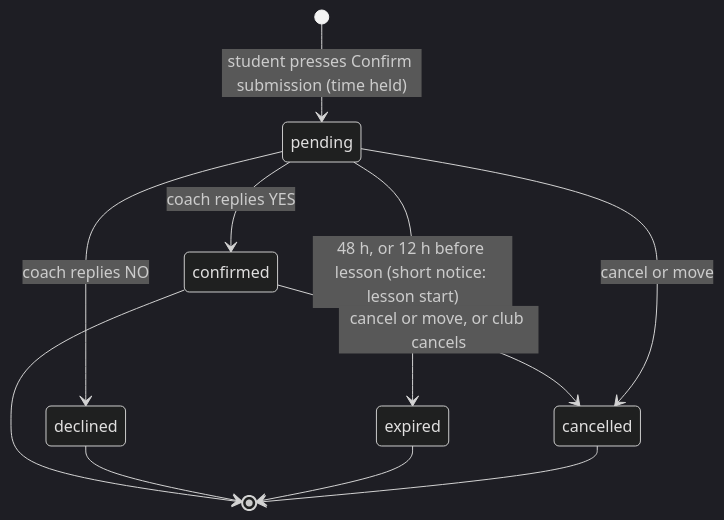
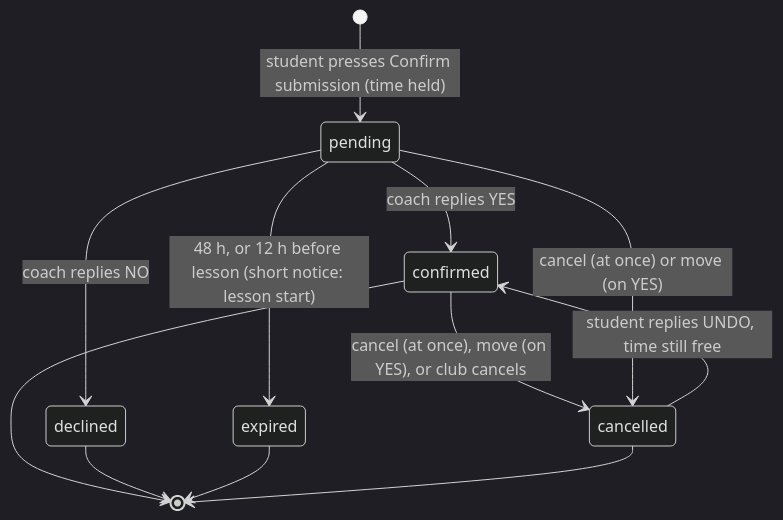
Before and after one commit to jb-cttc/concordtabletennisclub: the diagram in docs/coaching-flow.md, drawn with Mermaid (dark theme). The commit also changed other lines of this file and 5 other files, not shown here.

First line of the commit message:
Coaching: cancel a confirmed lesson at once, with UNDO by email

````diff
--- a/docs/coaching-flow.md
+++ b/docs/coaching-flow.md
@@ -173,13 +179,14 @@
 ```mermaid
 stateDiagram-v2
     [*] --> pending: student presses Confirm submission (time held)
     pending --> confirmed: coach replies YES
     pending --> declined: coach replies NO
     pending --> expired: 48 h, or 12 h before lesson (short notice: lesson start)
-    confirmed --> cancelled: cancel or move, or club cancels
-    pending --> cancelled: cancel or move
+    confirmed --> cancelled: cancel (at once), move (on YES), or club cancels
+    cancelled --> confirmed: student replies UNDO, time still free
+    pending --> cancelled: cancel (at once) or move (on YES)
     confirmed --> [*]
     declined --> [*]
     expired --> [*]
     cancelled --> [*]
 ```
````
